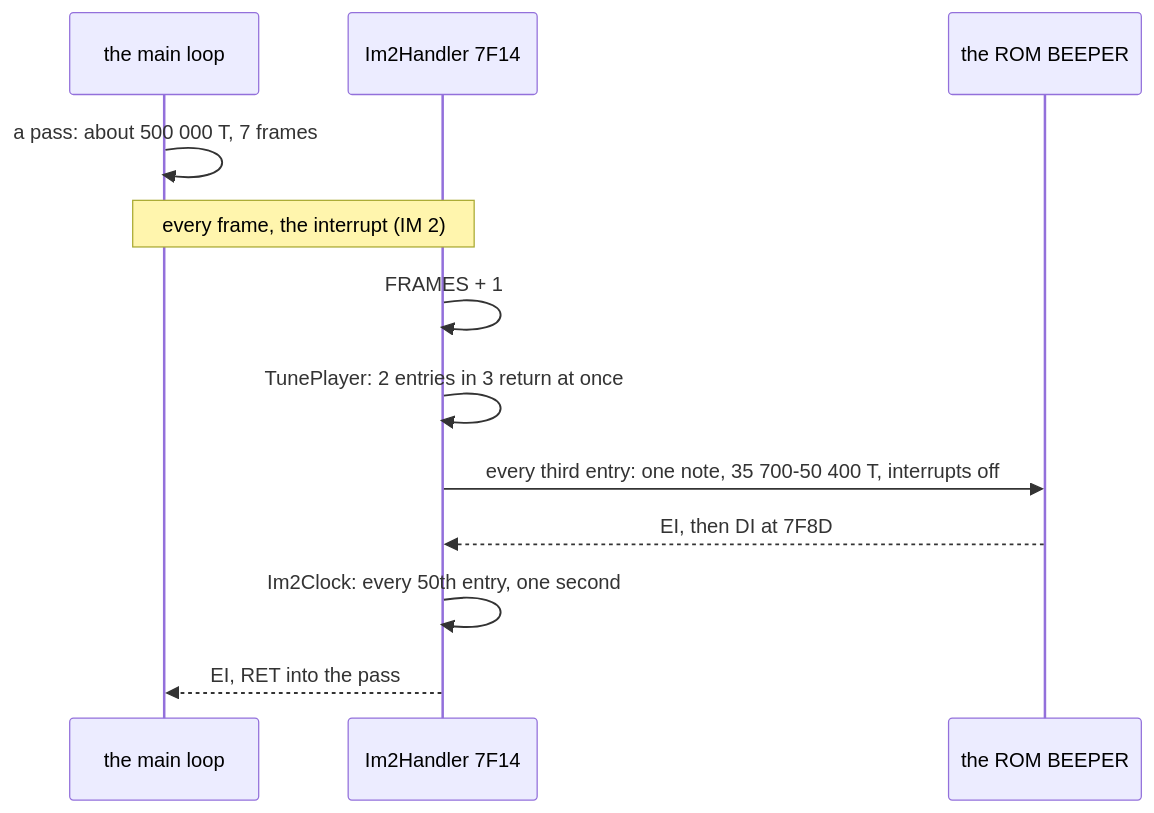
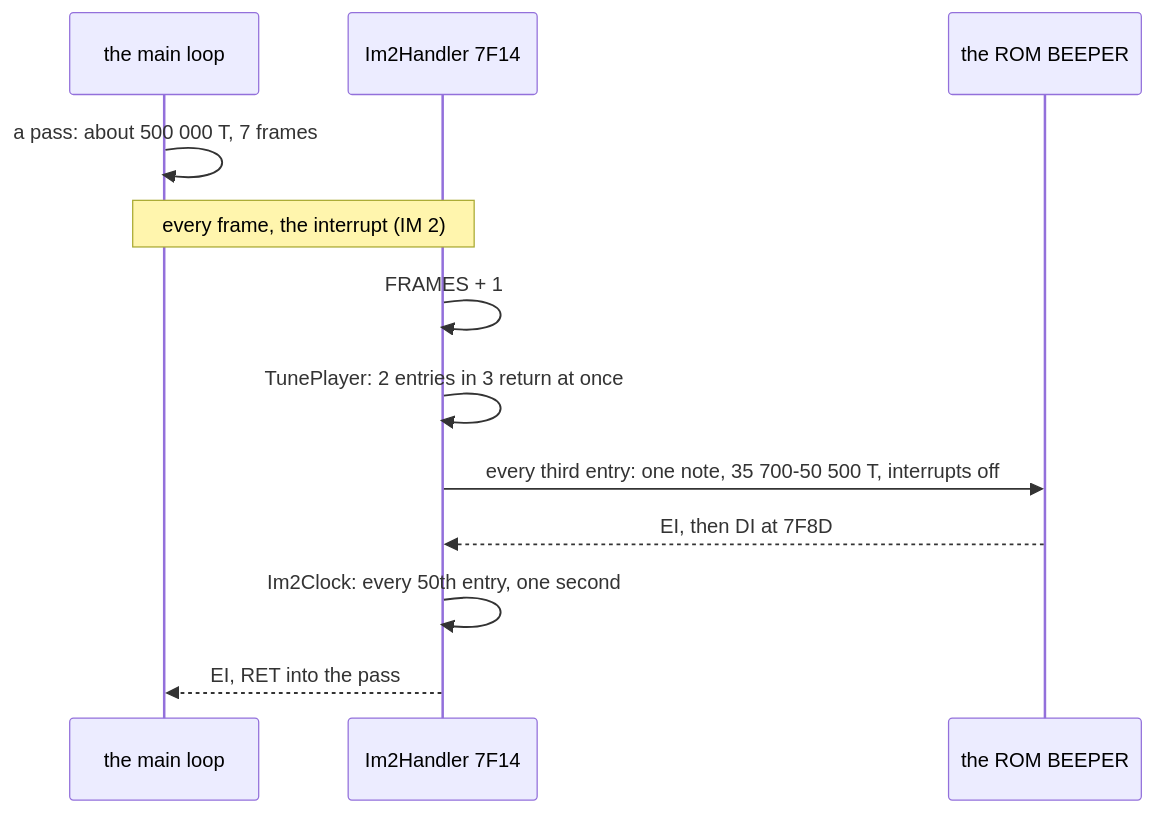
The third of 3 diagrams in games/moon-patrol/docs/02-architecture.md (alfishe/unrealng-reverse-cases), drawn with Mermaid before and after one commit. The commit also changed other lines of this file and 25 other files, not shown here.

Commit message:
Moon Patrol review round 1 (58 findings: 52 accepted, 5 in part, 1 rejected) worked: the pass 7.05 frames defined once, the tune's 16 periods with HL = word, the hi-score slot search, the wheels' step, the stack bottom $C2FC; hi-score entry asm and example, the three images figure

````diff
--- a/games/moon-patrol/docs/02-architecture.md
+++ b/games/moon-patrol/docs/02-architecture.md
@@ -296,14 +318,14 @@
 ```mermaid
 sequenceDiagram
     participant L as the main loop
     participant I as Im2Handler 7F14
     participant R as the ROM BEEPER
     L->>L: a pass: about 500 000 T, 7 frames
     Note over L,I: every frame, the interrupt (IM 2)
     I->>I: FRAMES + 1
     I->>I: TunePlayer: 2 entries in 3 return at once
-    I->>R: every third entry: one note, 35 700-50 400 T, interrupts off
+    I->>R: every third entry: one note, 35 700-50 500 T, interrupts off
     R-->>I: EI, then DI at 7F8D
     I->>I: Im2Clock: every 50th entry, one second
     I-->>L: EI, RET into the pass
 ```
````
